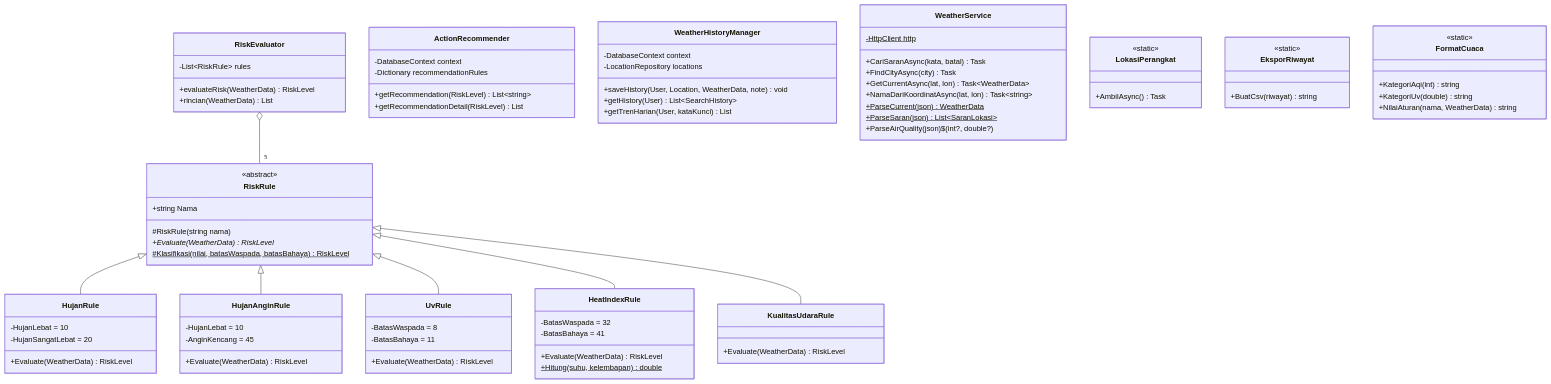
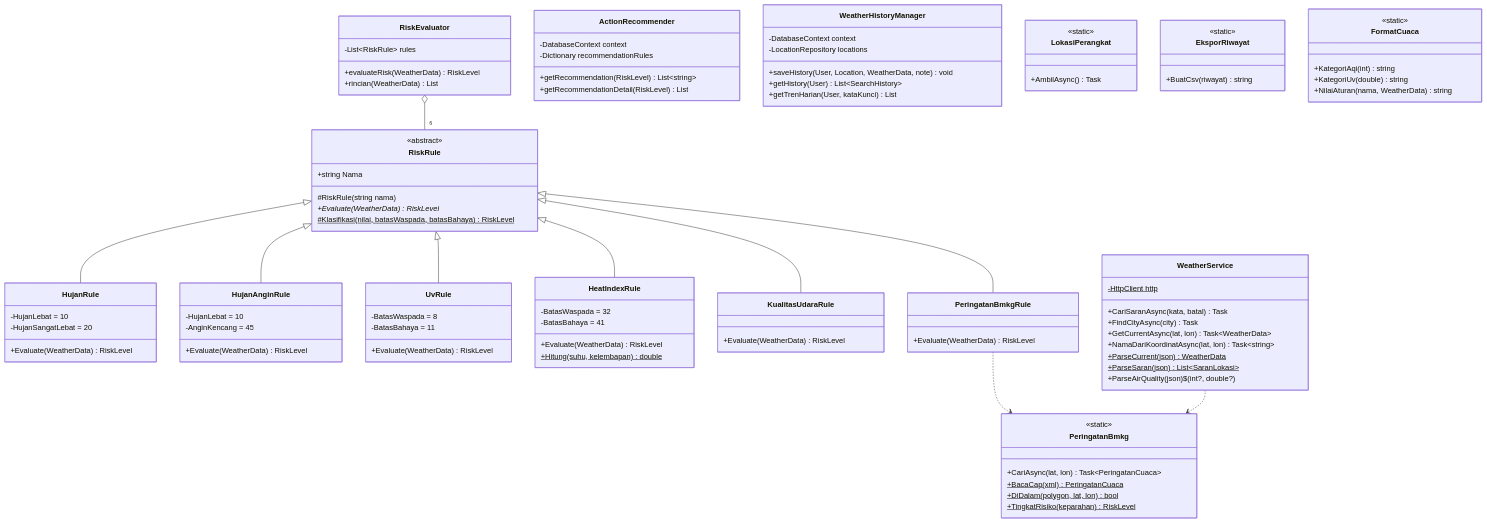
The diagram in docs/diagram/class-layanan.mmd (dnday/Junpro6), drawn with Mermaid before and after one commit. The commit also changed 32 other files, not shown here.

Commit message:
docs: peringatan BMKG, diagram, dan hasil pengujian terbaru

```diff
--- a/docs/diagram/class-layanan.mmd
+++ b/docs/diagram/class-layanan.mmd
@@ -1,82 +1,95 @@
 classDiagram
     direction TB
     class RiskRule {
         <<abstract>>
         +string Nama
         #RiskRule(string nama)
         +Evaluate(WeatherData)* RiskLevel
         #Klasifikasi(nilai, batasWaspada, batasBahaya)$ RiskLevel
     }
     class HujanRule {
         -HujanLebat = 10
         -HujanSangatLebat = 20
         +Evaluate(WeatherData) RiskLevel
     }
     class HujanAnginRule {
         -HujanLebat = 10
         -AnginKencang = 45
         +Evaluate(WeatherData) RiskLevel
     }
     class UvRule {
         -BatasWaspada = 8
         -BatasBahaya = 11
         +Evaluate(WeatherData) RiskLevel
     }
     class HeatIndexRule {
         -BatasWaspada = 32
         -BatasBahaya = 41
         +Evaluate(WeatherData) RiskLevel
         +Hitung(suhu, kelembapan)$ double
     }
     class KualitasUdaraRule {
         +Evaluate(WeatherData) RiskLevel
+    }
+    class PeringatanBmkgRule {
+        +Evaluate(WeatherData) RiskLevel
+    }
+    class PeringatanBmkg {
+        <<static>>
+        +CariAsync(lat, lon) Task~PeringatanCuaca~
+        +BacaCap(xml)$ PeringatanCuaca
+        +DiDalam(polygon, lat, lon)$ bool
+        +TingkatRisiko(keparahan)$ RiskLevel
     }
     class RiskEvaluator {
         -List~RiskRule~ rules
         +evaluateRisk(WeatherData) RiskLevel
         +rincian(WeatherData) List
     }
     class ActionRecommender {
         -DatabaseContext context
         -Dictionary recommendationRules
         +getRecommendation(RiskLevel) List~string~
         +getRecommendationDetail(RiskLevel) List
     }
     class WeatherHistoryManager {
         -DatabaseContext context
         -LocationRepository locations
         +saveHistory(User, Location, WeatherData, note) void
         +getHistory(User) List~SearchHistory~
         +getTrenHarian(User, kataKunci) List
     }
     class WeatherService {
         -HttpClient http$
         +CariSaranAsync(kata, batal) Task
         +FindCityAsync(city) Task
         +GetCurrentAsync(lat, lon) Task~WeatherData~
         +NamaDariKoordinatAsync(lat, lon) Task~string~
         +ParseCurrent(json)$ WeatherData
         +ParseSaran(json)$ List~SaranLokasi~
         +ParseAirQuality(json)$ (int?, double?)
     }
     class LokasiPerangkat {
         <<static>>
         +AmbilAsync() Task
     }
     class EksporRiwayat {
         <<static>>
         +BuatCsv(riwayat) string
     }
     class FormatCuaca {
         <<static>>
         +KategoriAqi(int) string
         +KategoriUv(double) string
         +NilaiAturan(nama, WeatherData) string
     }
 
     RiskRule <|-- HujanRule
     RiskRule <|-- HujanAnginRule
     RiskRule <|-- UvRule
     RiskRule <|-- HeatIndexRule
     RiskRule <|-- KualitasUdaraRule
-    RiskEvaluator o-- "5" RiskRule
+    RiskRule <|-- PeringatanBmkgRule
+    RiskEvaluator o-- "6" RiskRule
+    PeringatanBmkgRule ..> PeringatanBmkg
+    WeatherService ..> PeringatanBmkg
```
